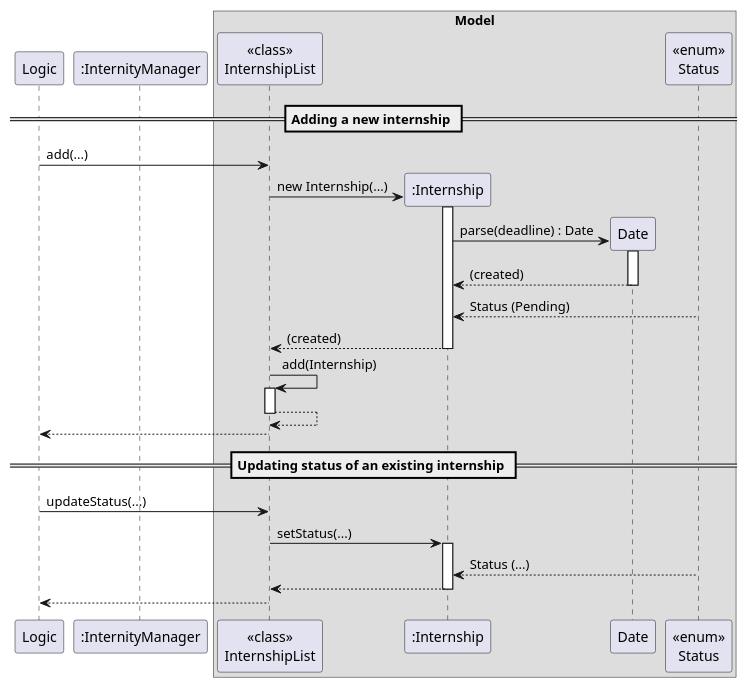
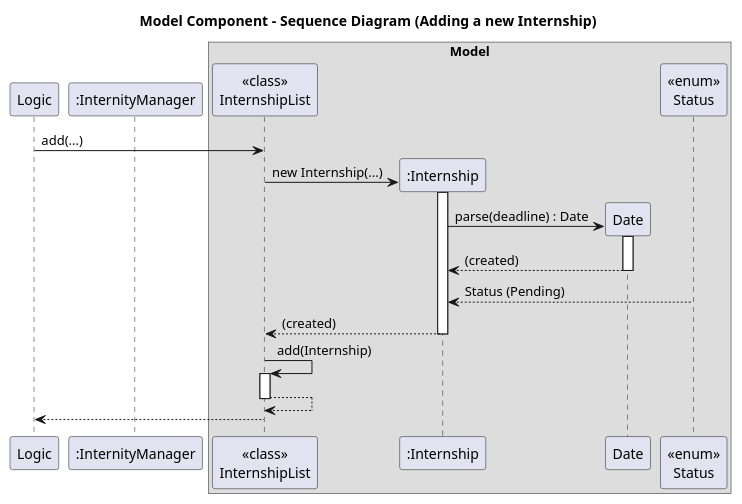
The diagram in docs/diagrams/ModelComponentSD_Add.puml (BenyAlbatross/tp), drawn with PlantUML before and after one commit. The commit also changed 3 other files, not shown here.

Commit message:
separate Model Component SD to 2 separate

```diff
--- a/docs/diagrams/ModelComponentSD_Add.puml
+++ b/docs/diagrams/ModelComponentSD_Add.puml
@@ -1,60 +1,49 @@
 @startuml
+title Model Component - Sequence Diagram (Adding a new Internship)
 ' Model Component Sequence Diagram
 ' Shows interactions between Logic, Model, InternshipList, Internship, Date and Status
 ' Additional abstract components: Logic (parses commands) and Storage (persists data)
 '
 participant Logic as "Logic"
 
 participant Model as ":InternityManager"
 
 box Model
 participant InternshipList as "<<class>>\nInternshipList"
 participant Internship as ":Internship"
 participant Date as "Date"
 participant Status as "<<enum>>\nStatus"
 endbox
 
 ' --- Scenario 1: Adding a new internship ---
-== Adding a new internship ==
 ' User types an `add` command; Logic parses and hands off a semantic request to Model
 ' Model validates high-level constraints then delegates to the list component
 Logic -> InternshipList: add(...)
 ' InternshipList constructs a new Internship object (calls constructor)
 create Internship
 InternshipList -> Internship: new Internship(...)
 activate Internship
 ' Internship object parses and stores a Date and Status internally
 create Date
 Internship -> Date: parse(deadline) : Date
 activate Date
 Date --> Internship: (created)
 deactivate Date
 
 Internship <-- Status: Status (Pending)
 ' Construction returns the Internship instance to InternshipList
 Internship --> InternshipList: (created)
 deactivate Internship
 
 ' InternshipList appends to internal collection
 
 InternshipList -> InternshipList: add(Internship)
 activate InternshipList
 
 ' After mutation, Model requests Storage to persist the updated list
 InternshipList --> InternshipList
 deactivate InternshipList
 
 Logic <-- InternshipList
 
-' --- Scenario 2: Updating status of an existing internship ---
-== Updating status of an existing internship ==
-Logic -> InternshipList: updateStatus(...)
-InternshipList -> Internship: setStatus(...)
-activate Internship
-Internship <-- Status: Status (...)
-Internship --> InternshipList
-deactivate Internship
-' Persist change
-InternshipList --> Logic
-
 @enduml
```
